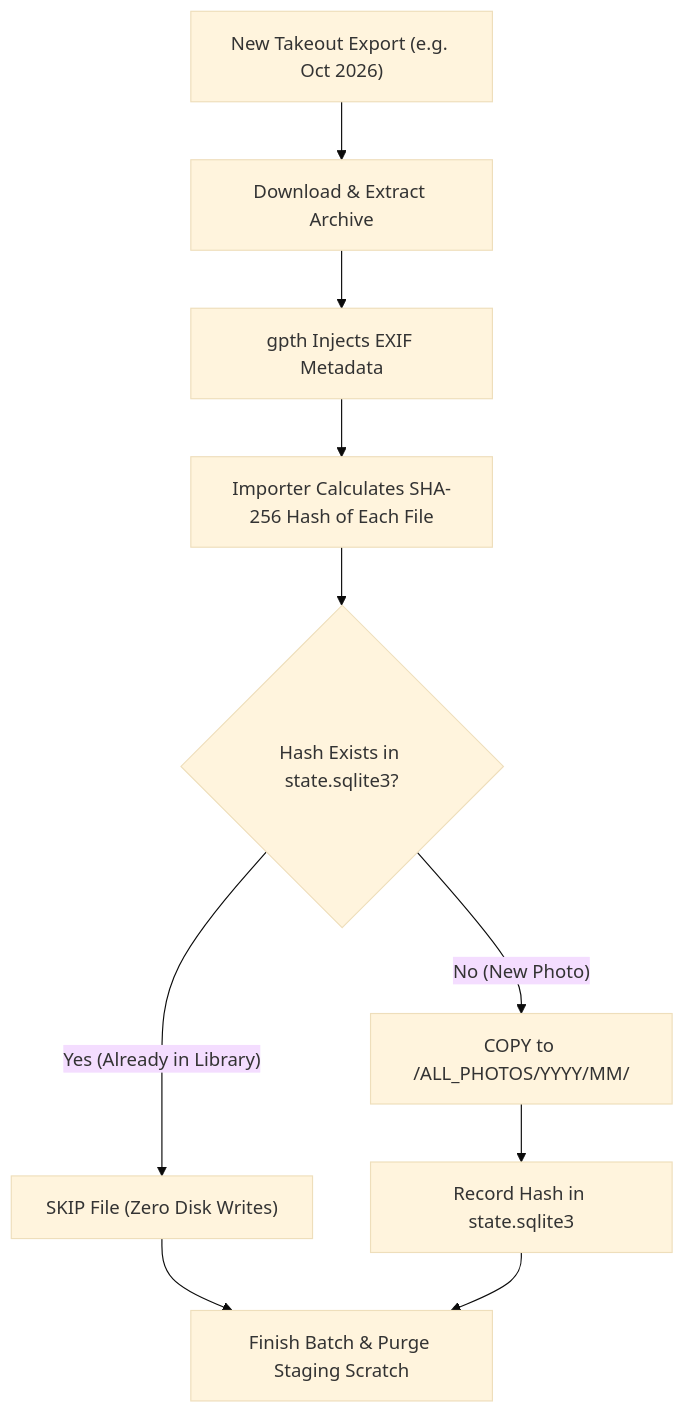
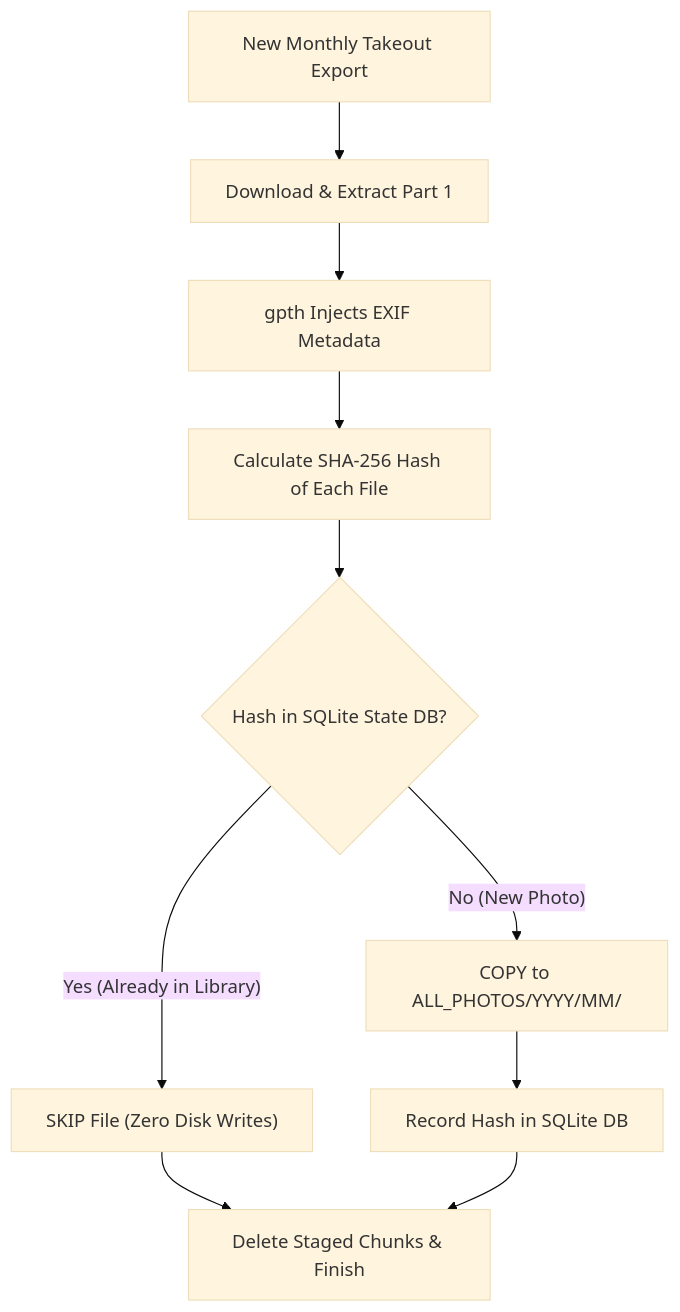
One commit to pcarff/PhotoSynApp changed the second of 2 diagrams in docs/PHOTO_SYNC_AND_SCANNING_GUIDE.md. Above: the diagram before and after it, drawn with Mermaid (base theme). The commit also changed other lines of this file and 1 other file, not shown here.

Commit message:
docs: adopt Option A (manual on-demand), define 3-group photo architecture, add config.paul.example.yaml

````diff
--- a/docs/PHOTO_SYNC_AND_SCANNING_GUIDE.md
+++ b/docs/PHOTO_SYNC_AND_SCANNING_GUIDE.md
@@ -239,12 +223,12 @@
 ```mermaid
 flowchart TD
-    A["New Takeout Export (e.g. Oct 2026)"] --> B["Download & Extract Archive"]
+    A["New Monthly Takeout Export"] --> B["Download & Extract Part 1"]
     B --> C["gpth Injects EXIF Metadata"]
-    C --> D["Importer Calculates SHA-256 Hash of Each File"]
-    D --> E{"Hash Exists in state.sqlite3?"}
+    C --> D["Calculate SHA-256 Hash of Each File"]
+    D --> E{"Hash in SQLite State DB?"}
     E -- Yes (Already in Library) --> F["SKIP File (Zero Disk Writes)"]
-    E -- No (New Photo) --> G["COPY to /ALL_PHOTOS/YYYY/MM/"]
-    G --> H["Record Hash in state.sqlite3"]
-    F --> I["Finish Batch & Purge Staging Scratch"]
+    E -- No (New Photo) --> G["COPY to ALL_PHOTOS/YYYY/MM/"]
+    G --> H["Record Hash in SQLite DB"]
+    F --> I["Delete Staged Chunks & Finish"]
     H --> I
 ```
````
